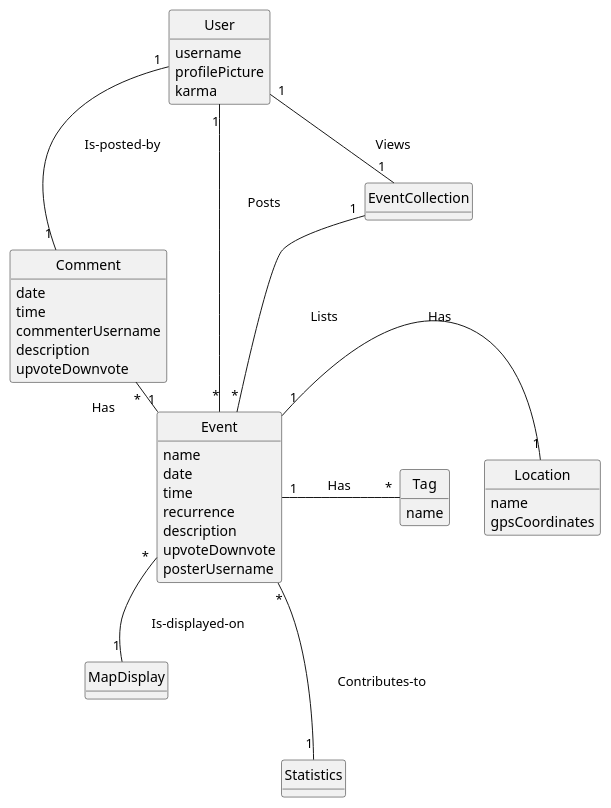
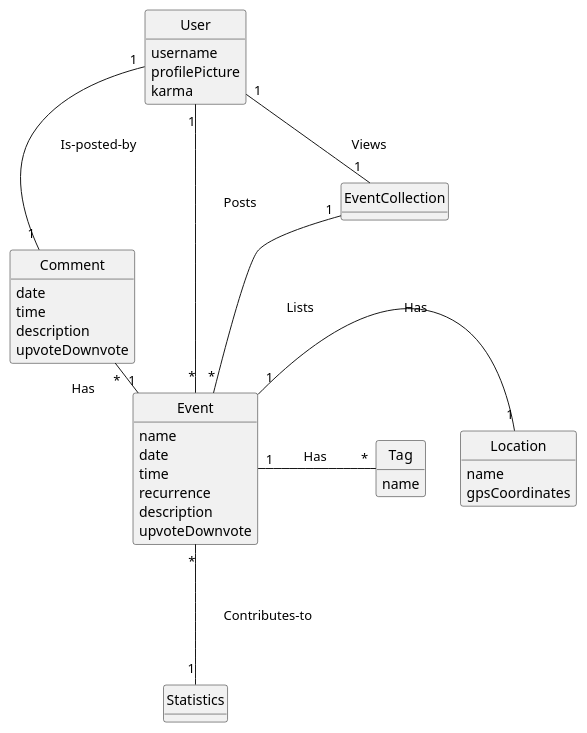
The first of 3 diagrams in doc/design.md (seamusgould/WhatsUpApp), drawn with PlantUML before and after one commit. The commit also changed other lines of this file and 1 other file, not shown here.

Commit message:
modified diagrams, added Location class

````diff
--- a/doc/design.md
+++ b/doc/design.md
@@ -2,55 +2,50 @@
 ```plantuml
 @startuml
 
 hide circle
 hide empty methods
 
 ' classes
 class User{
 username
 profilePicture
 karma
 }
 class EventCollection{
 }
 class Event{
 name
 date
 time
 recurrence
 description
 upvoteDownvote
-posterUsername
 }
 class Tag{
 name
 }
 class Location{
 name
 gpsCoordinates
 }
 class Comment{
 date
 time
-commenterUsername
 description
 upvoteDownvote
-}
-class MapDisplay{
 }
 class Statistics{
 }
 
 ' associations
 User "1" -- "1" EventCollection : \tViews\t\t
 User "1" - "*" Event : \tPosts\t\t
 EventCollection "1" -- "*" Event : \tLists\t\t
 Event "1" - "1" Location : \tHas\t\t
 Event "1" - "*" Tag : \tHas\t\t
 Event "1" -left- "*" Comment : \tHas\t\t
 Comment "1" -up- "1" User : \tIs-posted-by\t\t
-Event "*" -- "1" MapDisplay : \tIs-displayed-on\t\t
 Event "*" --- "1" Statistics : \tContributes-to\t\t
 
 @enduml
 ```
````
